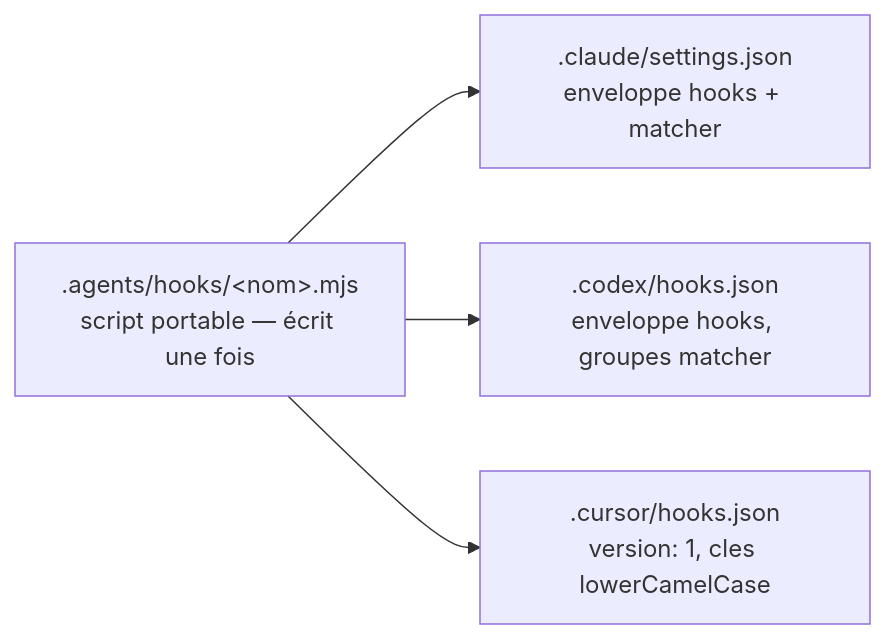
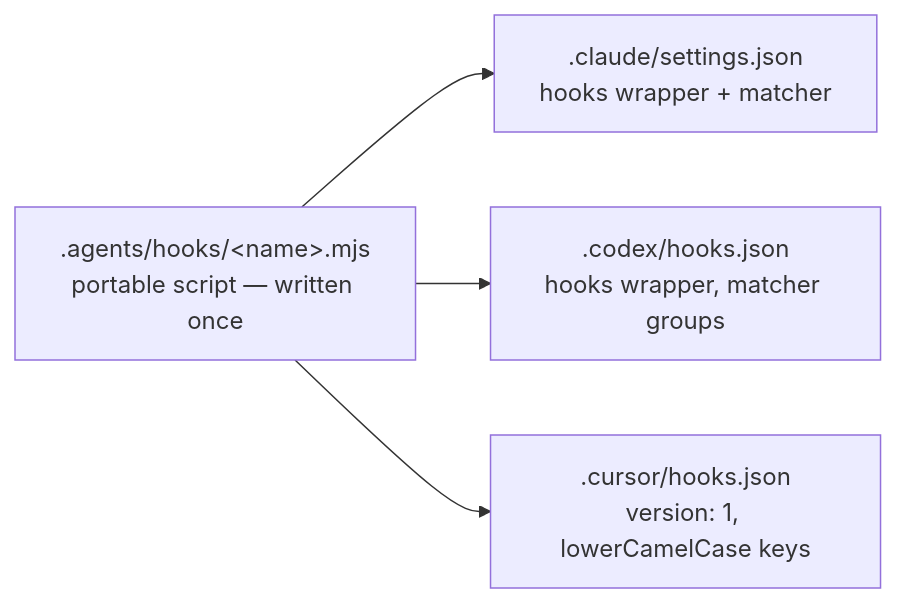
One commit to PicardRaphael/agentsdir changed the diagram in docs/harness.md. Above: the diagram before and after it, drawn with Mermaid. The commit also changed other lines of this file and 23 other files, not shown here.

````diff
--- a/docs/harness.md
+++ b/docs/harness.md
@@ -34,7 +34,7 @@
 ```mermaid
 flowchart LR
-    S[".agents/hooks/&lt;nom&gt;.mjs<br/>script portable — écrit une fois"]
-    S --> A[".claude/settings.json<br/>enveloppe hooks + matcher"]
-    S --> B[".codex/hooks.json<br/>enveloppe hooks, groupes matcher"]
-    S --> C[".cursor/hooks.json<br/>version: 1, cles lowerCamelCase"]
+    S[".agents/hooks/&lt;name&gt;.mjs<br/>portable script — written once"]
+    S --> A[".claude/settings.json<br/>hooks wrapper + matcher"]
+    S --> B[".codex/hooks.json<br/>hooks wrapper, matcher groups"]
+    S --> C[".cursor/hooks.json<br/>version: 1, lowerCamelCase keys"]
 ```
````
